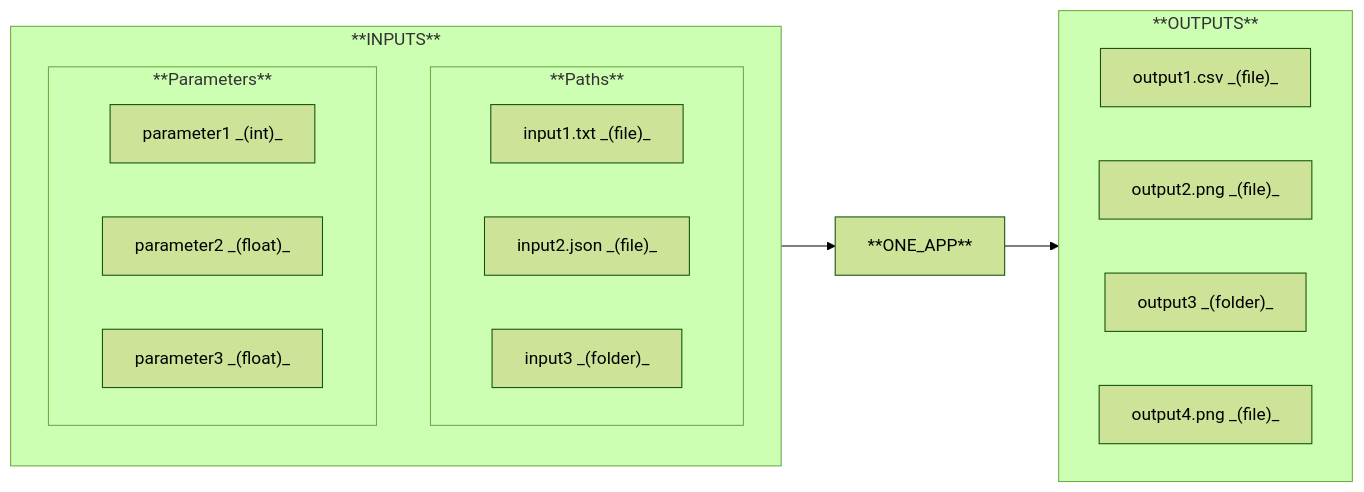
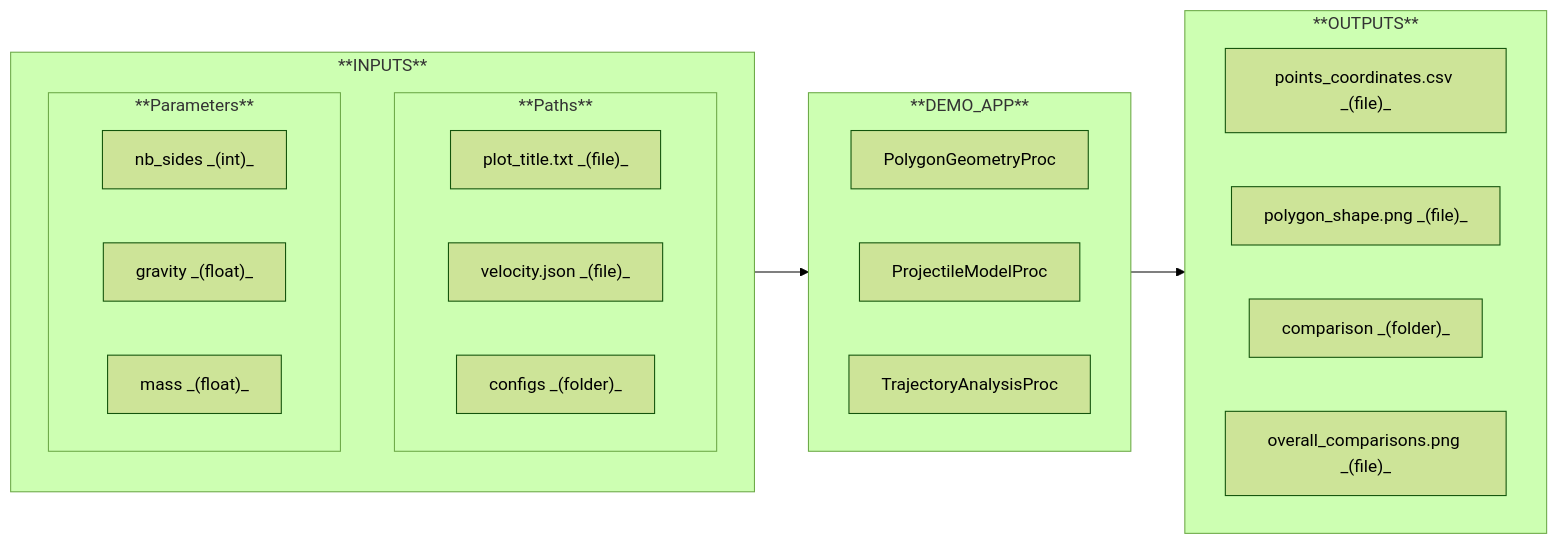
The fifth of 8 diagrams in src/labs/apps/general/DEMO_APP/README.md (nuremics/nuremics-labs), drawn with Mermaid (forest theme) before and after one commit. The commit also changed other lines of this file, not shown here.

Commit message:
update DEMO_APP README

````diff
--- a/src/labs/apps/general/DEMO_APP/README.md
+++ b/src/labs/apps/general/DEMO_APP/README.md
@@ -101,31 +119,38 @@
 ```mermaid
 flowchart LR
   subgraph **INPUTS**
     direction TB
 
     subgraph **Paths**
       direction LR
-      path1["input1.txt _(file)_"]
-      path2["input2.json _(file)_"]
-      path3["input3 _(folder)_"]
+      path1["plot_title.txt _(file)_"]
+      path2["velocity.json _(file)_"]
+      path3["configs _(folder)_"]
     end
 
     subgraph **Parameters**
       direction LR
-      param1["parameter1 _(int)_"]
-      param2["parameter2 _(float)_"]
-      param3["parameter3 _(float)_"]
+      param1["nb_sides _(int)_"]
+      param2["gravity _(float)_"]
+      param3["mass _(float)_"]
     end
+  end
+
+  subgraph **DEMO_APP**
+    direction RL
+    proc1["PolygonGeometryProc"]
+    proc2["ProjectileModelProc"]
+    proc3["TrajectoryAnalysisProc"]
   end
 
   subgraph **OUTPUTS**
     direction RL
-    out1["output1.csv _(file)_"]
-    out2["output2.png _(file)_"]
-    out3["output3 _(folder)_"]
-    out4["output4.png _(file)_"]
+    out1["points_coordinates.csv _(file)_"]
+    out2["polygon_shape.png _(file)_"]
+    out3["comparison _(folder)_"]
+    out4["overall_comparisons.png _(file)_"]
   end
 
-  **INPUTS** --> ONE_APP["**ONE_APP**"]
-  ONE_APP --> **OUTPUTS**
+  **INPUTS** --> **DEMO_APP**
+  **DEMO_APP** --> **OUTPUTS**
 ```
````
